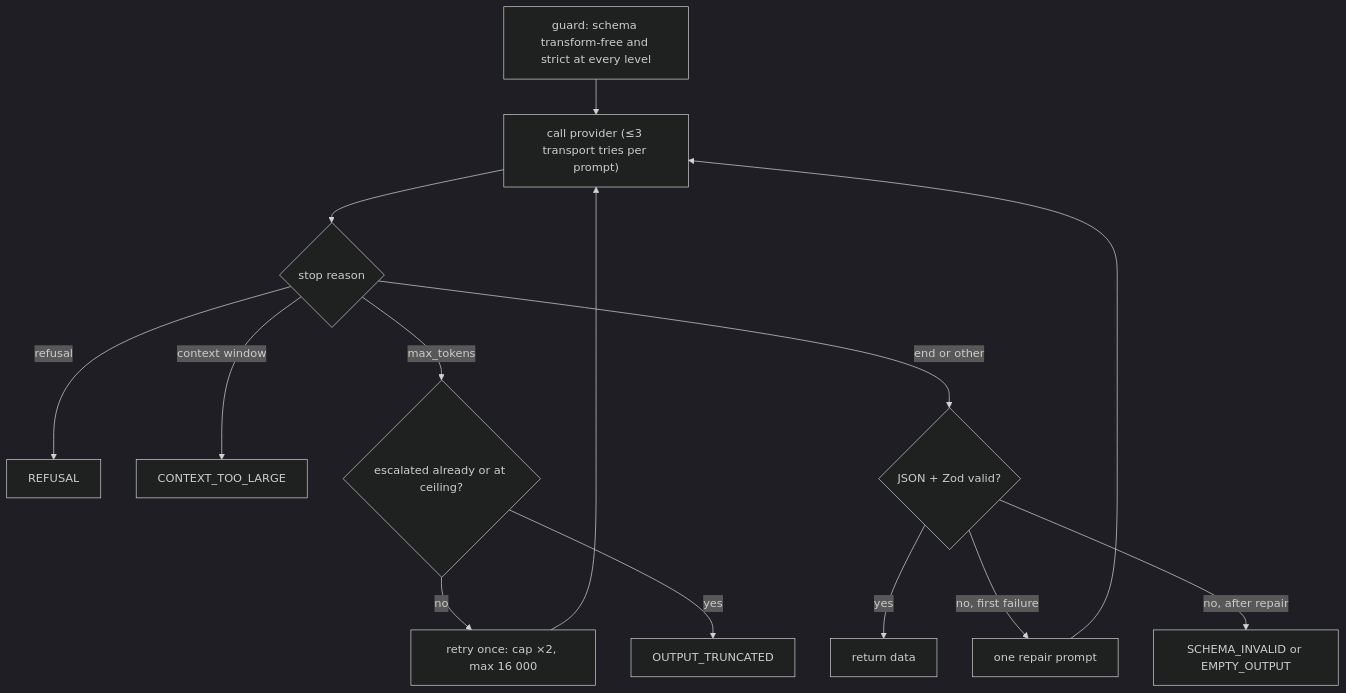
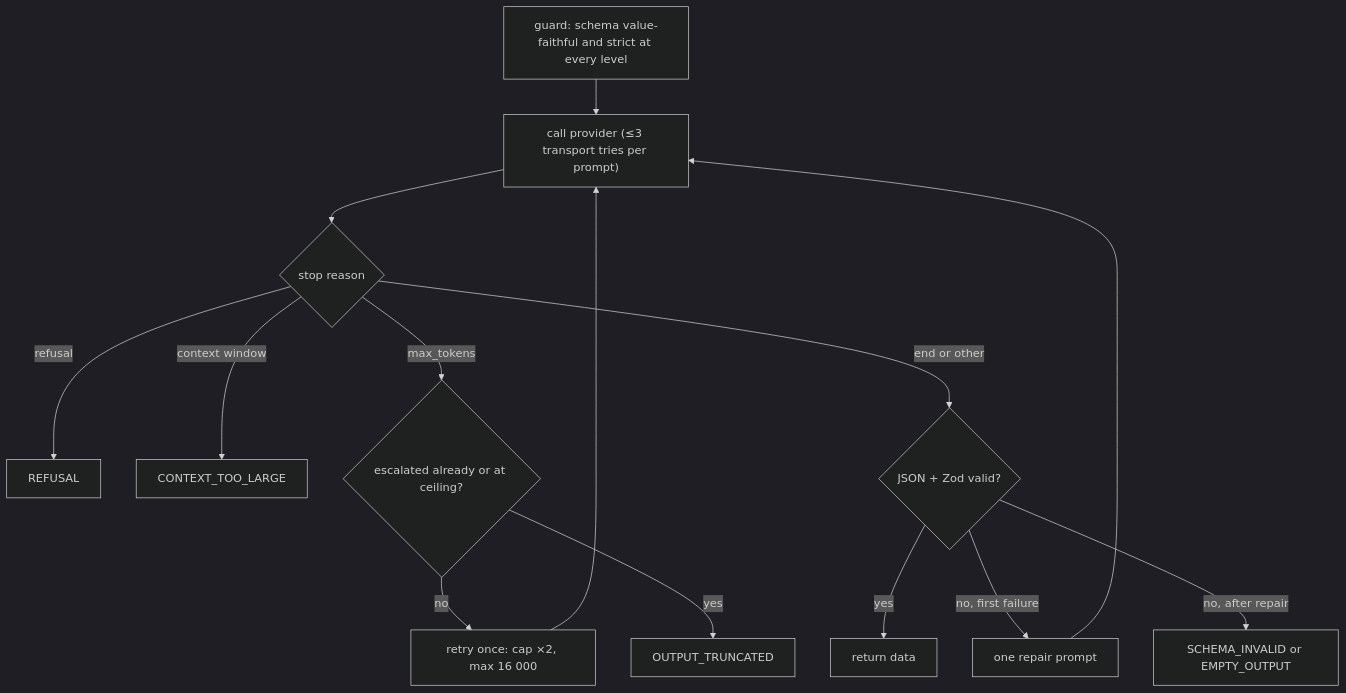
Before and after one commit to AnubhavKiroula/Paypal: the diagram in docs/llm-layer.md, drawn with Mermaid (dark theme). The commit also changed other lines of this file and 2 other files, not shown here.

First line of the commit message:
fix(llm): reject response schemas that can rewrite model output

````diff
--- a/docs/llm-layer.md
+++ b/docs/llm-layer.md
@@ -145,14 +145,14 @@
 ```mermaid
 flowchart TD
-  G["guard: schema transform-free and strict at every level"] --> C["call provider (≤3 transport tries per prompt)"]
+  G["guard: schema value-faithful and strict at every level"] --> C["call provider (≤3 transport tries per prompt)"]
   C --> S{"stop reason"}
   S -->|refusal| R["REFUSAL"]
   S -->|context window| X["CONTEXT_TOO_LARGE"]
   S -->|max_tokens| M{"escalated already or at ceiling?"}
   M -->|no| E["retry once: cap ×2, max 16 000"] --> C
   M -->|yes| T["OUTPUT_TRUNCATED"]
   S -->|end or other| V{"JSON + Zod valid?"}
   V -->|yes| OK["return data"]
   V -->|no, first failure| P["one repair prompt"] --> C
   V -->|no, after repair| F["SCHEMA_INVALID or EMPTY_OUTPUT"]
 ```
````
